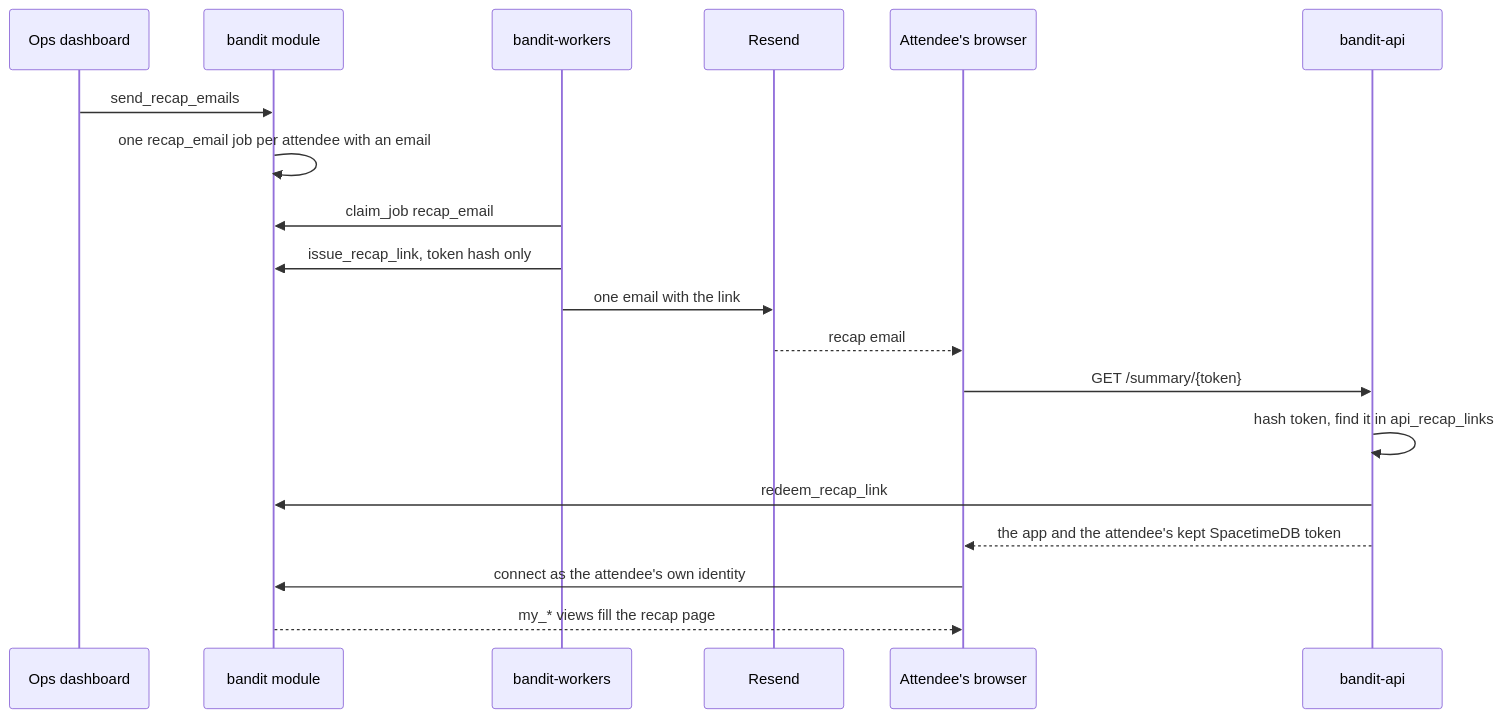
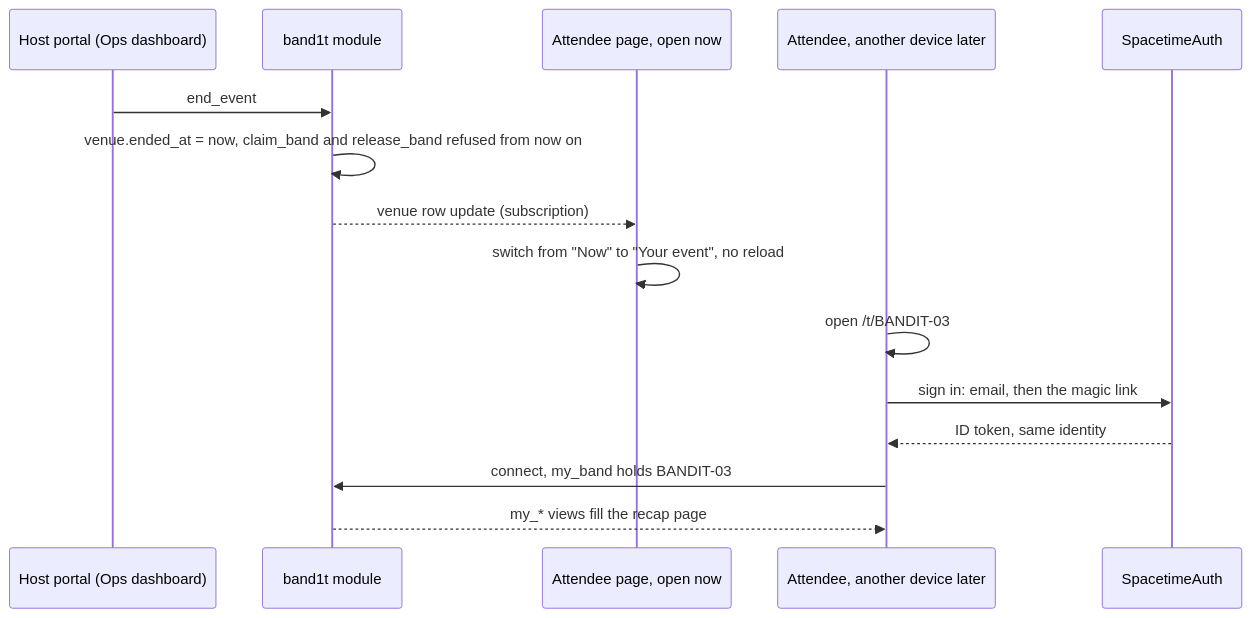
The fourth of 4 diagrams in System Design/5-apps/Attendee-App.md (viktorinkov/cal-hacks-13), drawn with Mermaid before and after one commit. The commit also changed other lines of this file and 21 other files, not shown here.

Commit message:
Align system design with sign-in, recap and builds

````diff
--- a/System Design/5-apps/Attendee-App.md
+++ b/System Design/5-apps/Attendee-App.md
@@ -245,21 +240,17 @@
 ```mermaid
 sequenceDiagram
-    participant Ops as Ops dashboard
-    participant Mod as bandit module
-    participant W as bandit-workers
-    participant R as Resend
-    participant P as Attendee's browser
-    participant API as bandit-api
-    Ops->>Mod: send_recap_emails
-    Mod->>Mod: one recap_email job per attendee with an email
-    W->>Mod: claim_job recap_email
-    W->>Mod: issue_recap_link, token hash only
-    W->>R: one email with the link
-    R-->>P: recap email
-    P->>API: GET /summary/{token}
-    API->>API: hash token, find it in api_recap_links
-    API->>Mod: redeem_recap_link
-    API-->>P: the app and the attendee's kept SpacetimeDB token
-    P->>Mod: connect as the attendee's own identity
-    Mod-->>P: my_* views fill the recap page
+    participant Host as Host portal (Ops dashboard)
+    participant Mod as band1t module
+    participant P as Attendee page, open now
+    participant Q as Attendee, another device later
+    participant Auth as SpacetimeAuth
+    Host->>Mod: end_event
+    Mod->>Mod: venue.ended_at = now, claim_band and release_band refused from now on
+    Mod-->>P: venue row update (subscription)
+    P->>P: switch from "Now" to "Your event", no reload
+    Q->>Q: open /t/BANDIT-03
+    Q->>Auth: sign in: email, then the magic link
+    Auth-->>Q: ID token, same identity
+    Q->>Mod: connect, my_band holds BANDIT-03
+    Mod-->>Q: my_* views fill the recap page
 ```
````
